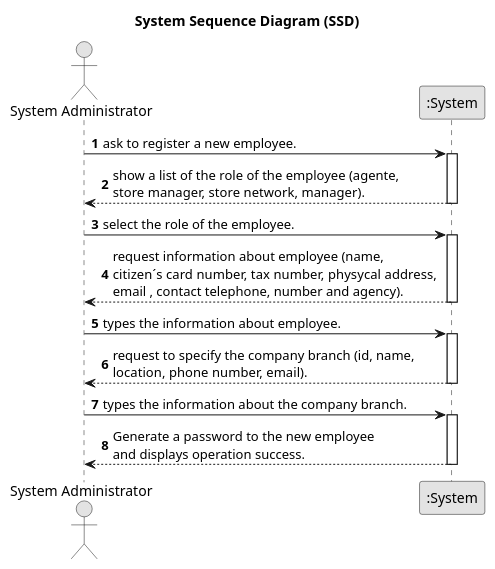
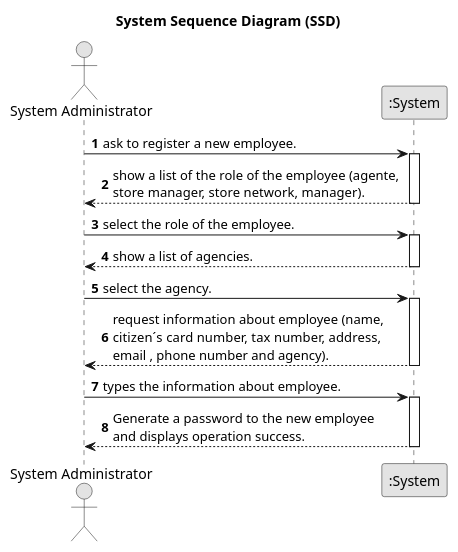
The diagram in docs/sprintB/us003/01.requirements-engineering/puml/us003-system-sequence-diagram.puml (1220812/LAPR2), drawn with PlantUML before and after one commit. The commit also changed 2 other files, not shown here.

```diff
--- a/docs/sprintB/us003/01.requirements-engineering/puml/us003-system-sequence-diagram.puml
+++ b/docs/sprintB/us003/01.requirements-engineering/puml/us003-system-sequence-diagram.puml
@@ -1,36 +1,38 @@
 @startuml
 skinparam monochrome true
 skinparam packageStyle rectangle
 skinparam shadowing false
 
 title System Sequence Diagram (SSD)
 
 autonumber
 
 actor "System Administrator" as Employee
 participant ":System" as System
 
     Employee -> System : ask to register a new employee.
     activate System
 
         System --> Employee : show a list of the role of the employee (agente, \nstore manager, store network, manager).
 
     deactivate System
 
     Employee -> System : select the role of the employee.
     activate System
 
-        System --> Employee : request information about employee (name, \ncitizen´s card number, tax number, physycal address, \nemail , contact telephone, number and agency).
+    System --> Employee : show a list of agencies.
+       deactivate System
+
+        Employee -> System : select the agency.
+        activate System
+
+        System --> Employee : request information about employee (name, \ncitizen´s card number, tax number, address, \nemail , phone number and agency).
     deactivate System
 
     Employee -> System : types the information about employee.
     activate System
 
-        System --> Employee : request to specify the company branch (id, name, \nlocation, phone number, email).
-    deactivate System
 
-    Employee -> System : types the information about the company branch.
-    activate System
     System --> Employee : Generate a password to the new employee \nand displays operation success.
             deactivate System
 @enduml
```
